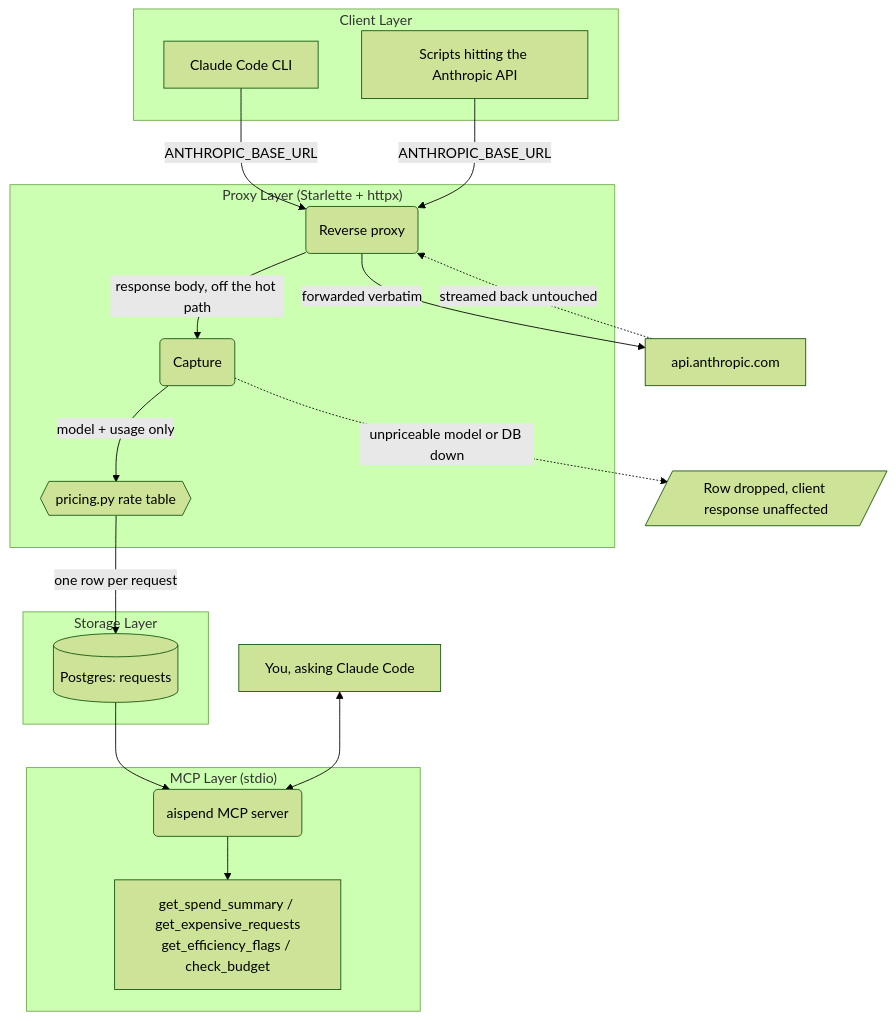
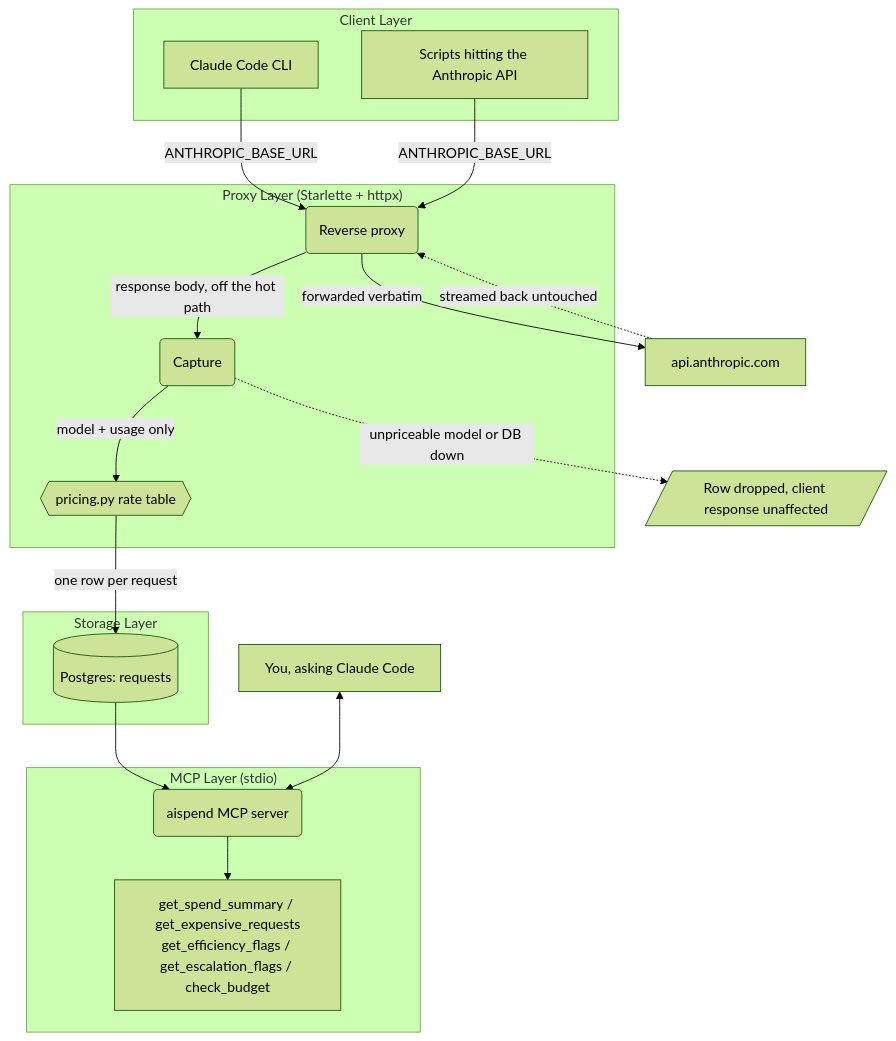
The diagram in README.md (Sudhadithya/Aispend), drawn with Mermaid (forest theme) before and after one commit. The commit also changed other lines of this file and 10 other files, not shown here.

First line of the commit message:
Add escalation-retry detection and refine efficiency-flag tier suggestions

````diff
--- a/README.md
+++ b/README.md
@@ -23,34 +101,34 @@
 ```mermaid
 graph TD
     subgraph Clients [Client Layer]
         CC[Claude Code CLI]
         SC[Scripts hitting the Anthropic API]
     end
 
     subgraph ProxyLayer ["Proxy Layer (Starlette + httpx)"]
         PX(Reverse proxy)
         CAP(Capture)
         PRICE{{"pricing.py rate table"}}
     end
 
     subgraph StorageLayer ["Storage Layer"]
         PG[("Postgres: requests")]
     end
 
     subgraph McpLayer ["MCP Layer (stdio)"]
         MCP(aispend MCP server)
-        TOOLS["get_spend_summary / get_expensive_requests<br/>get_efficiency_flags / check_budget"]
+        TOOLS["get_spend_summary / get_expensive_requests<br/>get_efficiency_flags / get_escalation_flags / check_budget"]
     end
 
     CC -->|ANTHROPIC_BASE_URL| PX
     SC -->|ANTHROPIC_BASE_URL| PX
     PX -->|"forwarded verbatim"| API[api.anthropic.com]
     API -.->|"streamed back untouched"| PX
     PX -->|"response body, off the hot path"| CAP
     CAP -->|"model + usage only"| PRICE
     PRICE -->|"one row per request"| PG
     CAP -.->|"unpriceable model or DB down"| SKIP[/"Row dropped, client response unaffected"/]
     PG --> MCP
     MCP --> TOOLS
     YOU["You, asking Claude Code"] <--> MCP
 ```
````
